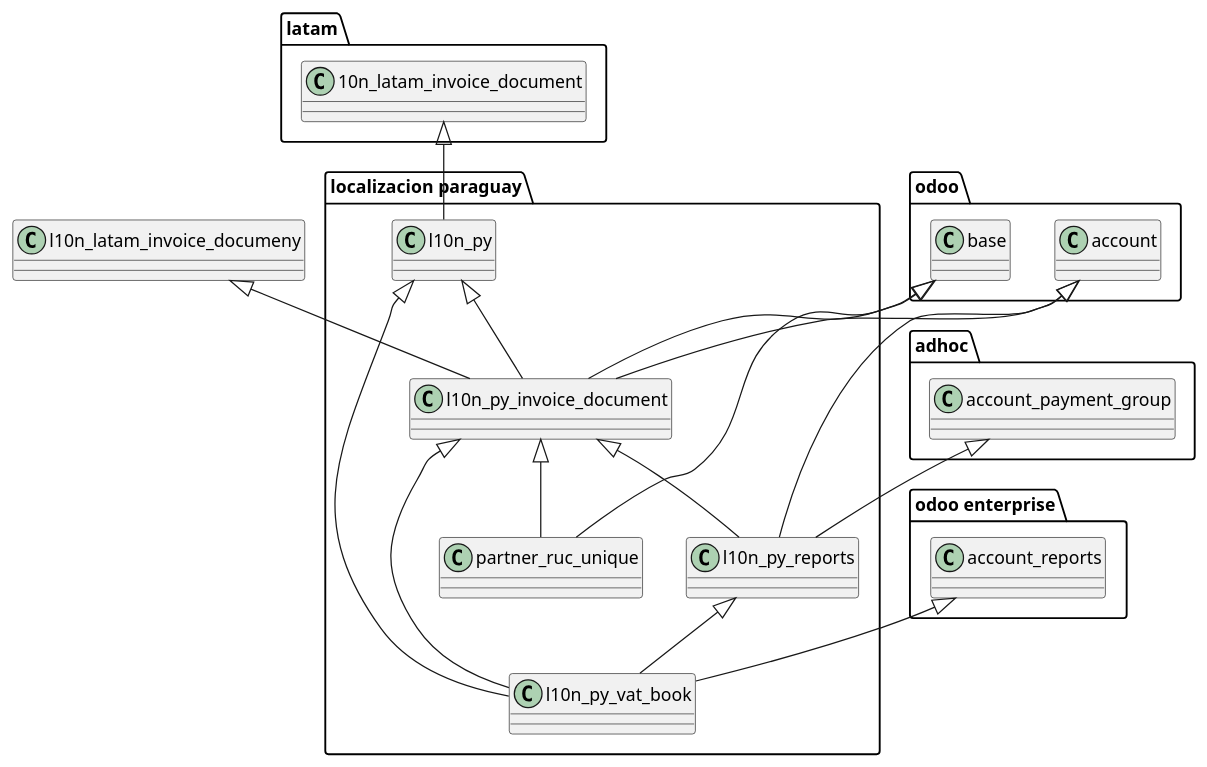
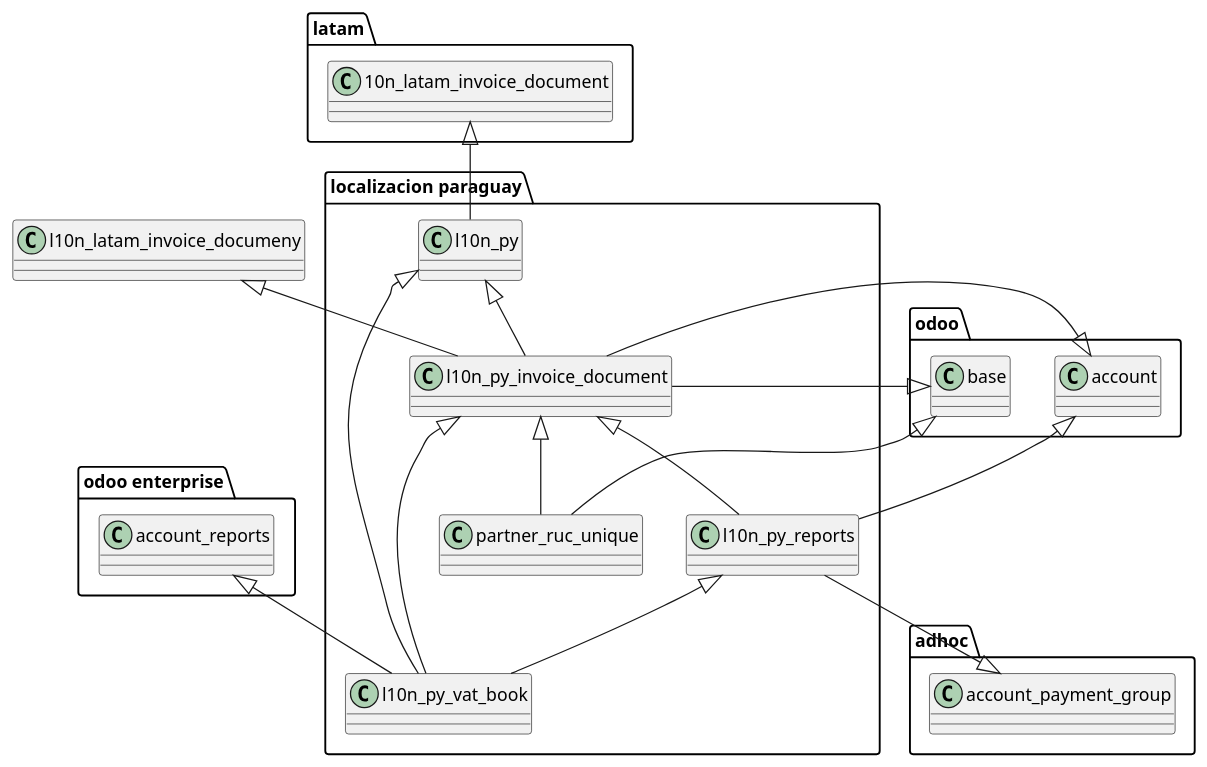
One commit to yasserdjerbi/test changed the diagram in doc/global.puml. Above: the diagram before and after it, drawn with PlantUML.

Commit message:
[ADD] - puml integration

```diff
--- a/doc/global.puml
+++ b/doc/global.puml
@@ -1,43 +1,43 @@
 @startuml
 
 package "odoo enterprise" {
 class account_reports
 }
 
 package "odoo" {
     class account
     class base
 }
 package "latam" {
     class 10n_latam_invoice_document
 }
 package "localizacion paraguay" {
     class l10n_py
     class l10n_py_invoice_document
     class l10n_py_reports
     class l10n_py_vat_book
     class partner_ruc_unique
 }
 package "adhoc" {
     class account_payment_group
 }
 
 10n_latam_invoice_document <|-- l10n_py
-base <|-- l10n_py_invoice_document
+base <|-u- l10n_py_invoice_document
 l10n_py <|-- l10n_py_invoice_document
 account <|-- l10n_py_invoice_document
 l10n_latam_invoice_documeny <|-- l10n_py_invoice_document
 
 account <|-- l10n_py_reports
 l10n_py_invoice_document <|-- l10n_py_reports
-account_payment_group <|-- l10n_py_reports
+account_payment_group <|-u- l10n_py_reports
 
 l10n_py <|-- l10n_py_vat_book
 l10n_py_reports <|-- l10n_py_vat_book
 l10n_py_invoice_document <|-- l10n_py_vat_book
 account_reports <|-- l10n_py_vat_book
 
 base <|-- partner_ruc_unique
 l10n_py_invoice_document <|-- partner_ruc_unique
 
 @enduml
```
